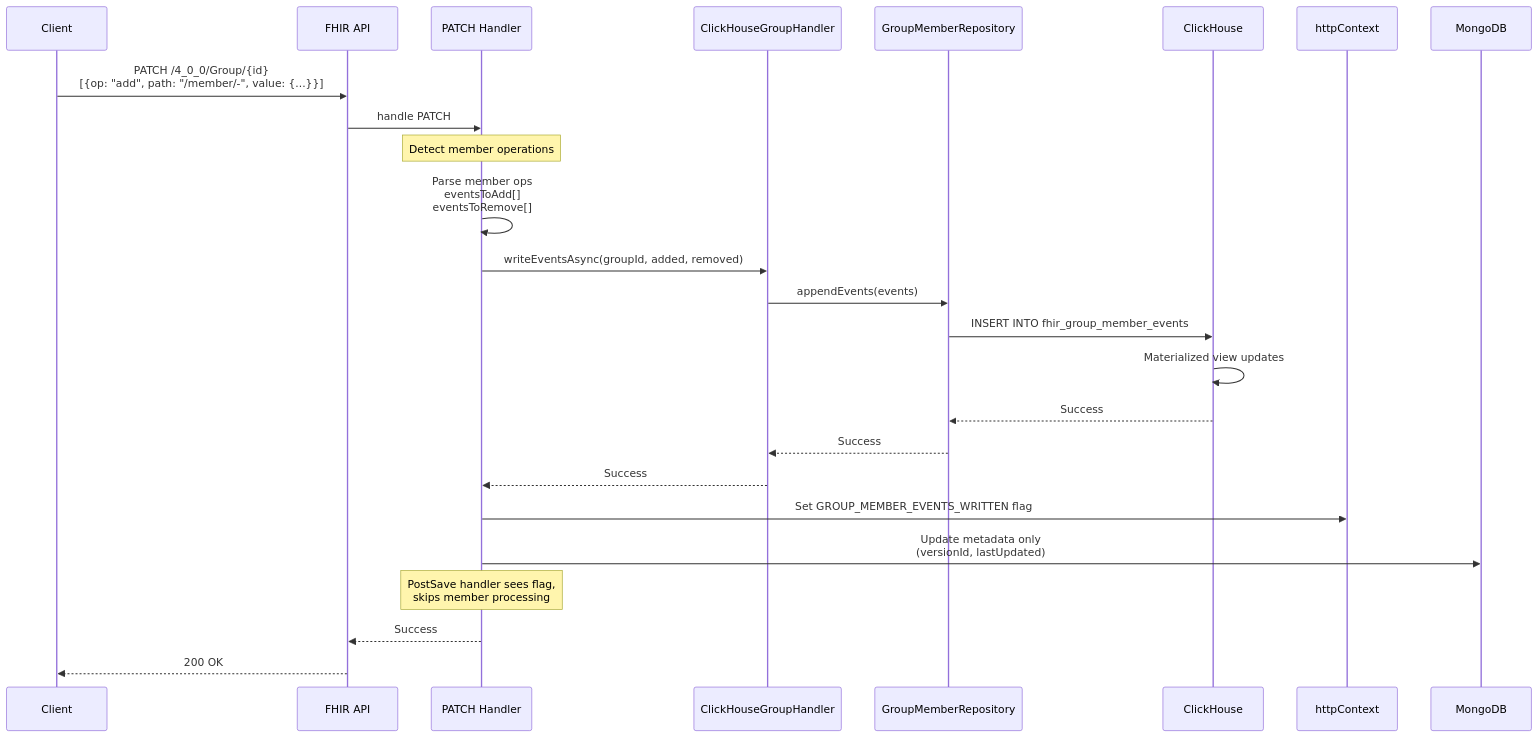
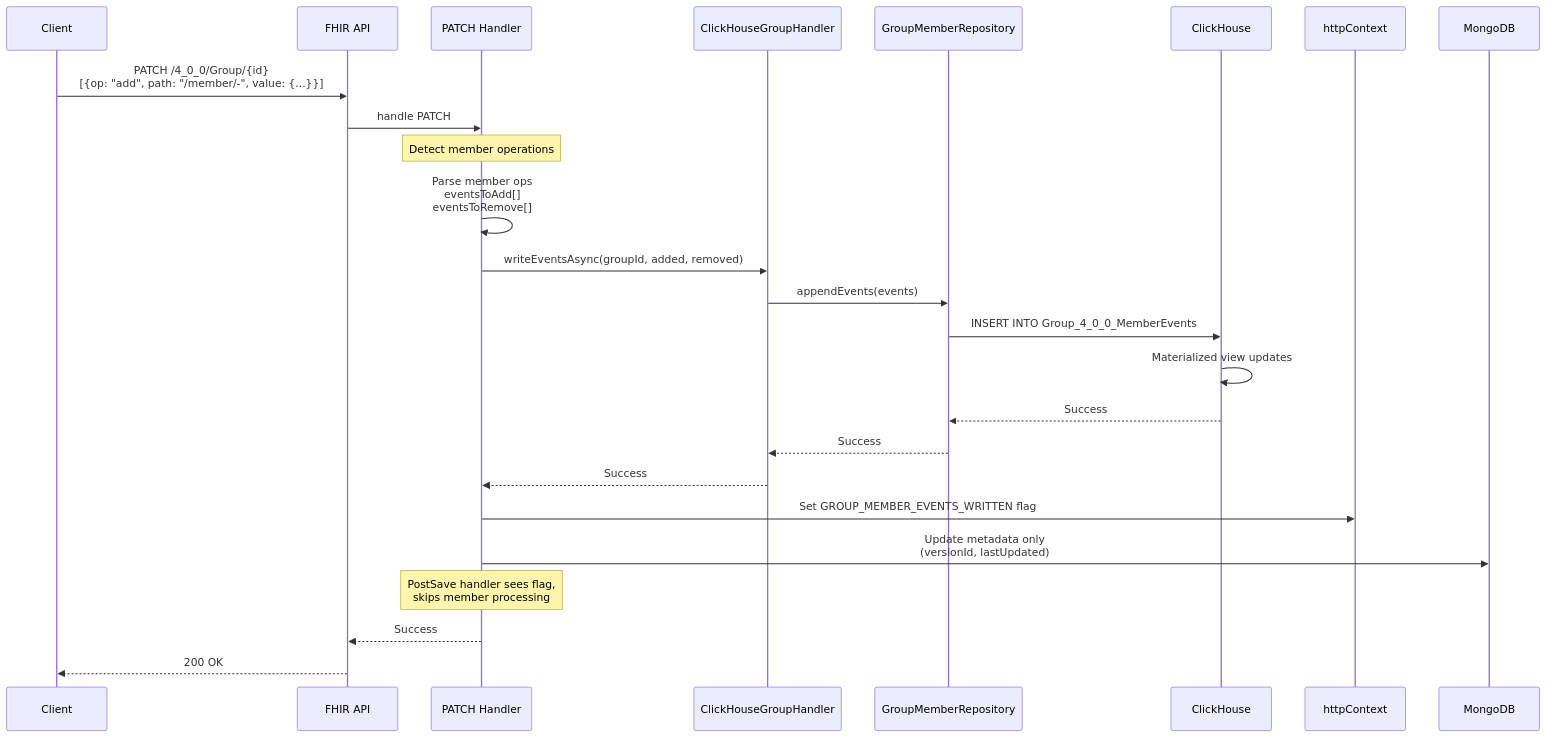
Before and after one commit to icanbwell/fhir-server: the second of 3 diagrams in readme/clickhouse.md, drawn with Mermaid. The commit also changed other lines of this file and 33 other files, not shown here.

````diff
--- a/readme/clickhouse.md
+++ b/readme/clickhouse.md
@@ -340,33 +340,33 @@
 ```mermaid
 sequenceDiagram
     participant Client
     participant API as FHIR API
     participant PatchOp as PATCH Handler
     participant Handler as ClickHouseGroupHandler
     participant Repo as GroupMemberRepository
     participant CH as ClickHouse
     participant Context as httpContext
     participant Mongo as MongoDB
 
     Client->>API: PATCH /4_0_0/Group/{id}<br/>[{op: "add", path: "/member/-", value: {...}}]
     API->>PatchOp: handle PATCH
 
     Note over PatchOp: Detect member operations
     PatchOp->>PatchOp: Parse member ops<br/>eventsToAdd[]<br/>eventsToRemove[]
 
     PatchOp->>Handler: writeEventsAsync(groupId, added, removed)
     Handler->>Repo: appendEvents(events)
-    Repo->>CH: INSERT INTO fhir_group_member_events
+    Repo->>CH: INSERT INTO Group_4_0_0_MemberEvents
     CH->>CH: Materialized view updates
     CH-->>Repo: Success
     Repo-->>Handler: Success
     Handler-->>PatchOp: Success
 
     PatchOp->>Context: Set GROUP_MEMBER_EVENTS_WRITTEN flag
     PatchOp->>Mongo: Update metadata only<br/>(versionId, lastUpdated)
 
     Note over PatchOp: PostSave handler sees flag,<br/>skips member processing
 
     PatchOp-->>API: Success
     API-->>Client: 200 OK
 ```
````
